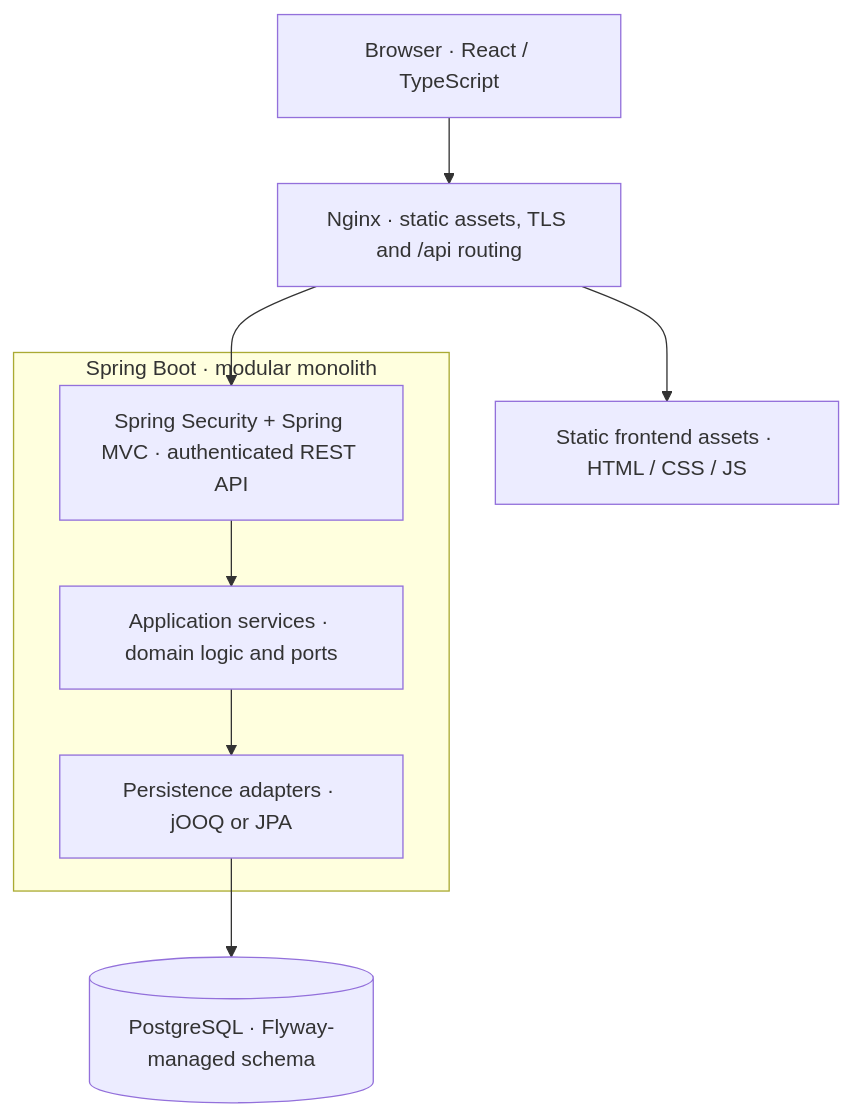
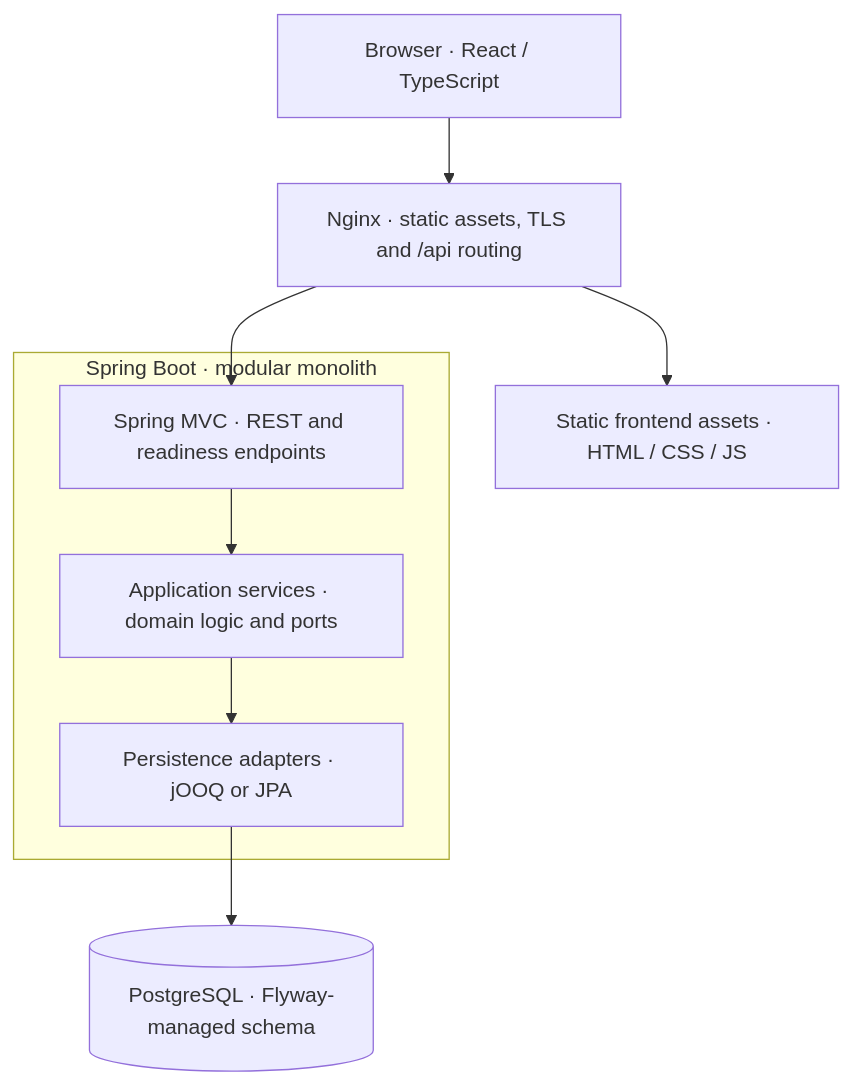
One commit to frederik-hoeft/min-favs-sharewise changed the diagram in docs/stack/overview.md. Above: the diagram before and after it, drawn with Mermaid. The commit also changed other lines of this file and 8 other files, not shown here.

````diff
--- a/docs/stack/overview.md
+++ b/docs/stack/overview.md
@@ -11,11 +11,11 @@
 ```mermaid
 flowchart TB
     browser["Browser · React / TypeScript"] --> nginx["Nginx · static assets, TLS and /api routing"]
     nginx --> assets["Static frontend assets · HTML / CSS / JS"]
-    nginx --> api["Spring Security + Spring MVC · authenticated REST API"]
+    nginx --> api["Spring MVC · REST and readiness endpoints"]
     subgraph backend["Spring Boot · modular monolith"]
         api --> core["Application services · domain logic and ports"]
         core --> adapters["Persistence adapters · jOOQ or JPA"]
     end
     adapters --> db[("PostgreSQL · Flyway-managed schema")]
 ```
````
